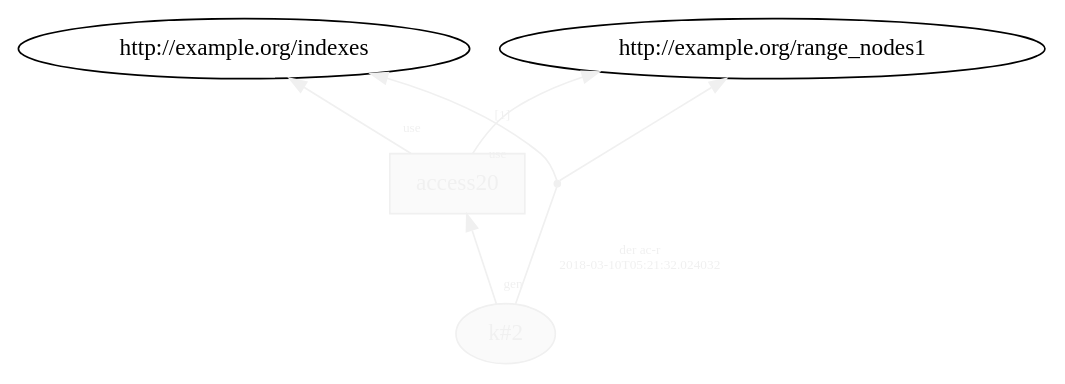
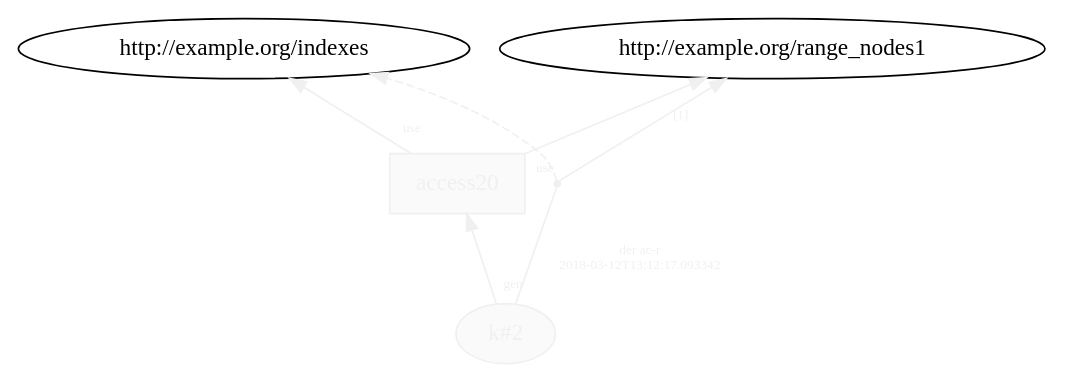
Before and after one commit to dew-uff/versioned-prov: the diagram in generated/versioned_prov/temp/L12__loop_access_2.dot, drawn with Graphviz. The commit also changed 327 other files, not shown here.

```diff
--- a/generated/versioned_prov/temp/L12__loop_access_2.dot
+++ b/generated/versioned_prov/temp/L12__loop_access_2.dot
@@ -1,12 +1,12 @@
 digraph "PROV" { size="16,12"; rankdir="BT";
 "http://example.org/k#2" [fillcolor="#FAFAFA",color="#F0F0F0",style="filled",fontcolor="#F0F0F0",label="k#2",URL="http://example.org/k#2"]
 "http://example.org/access20" [fillcolor="#FAFAFA",color="#F0F0F0",shape="polygon",sides="4",style="filled",fontcolor="#F0F0F0",label="access20",URL="http://example.org/access20"]
 "bn0" [shape="point",label="",fontcolor="#F0F0F0",color="#F0F0F0"]
 "http://example.org/k#2" -> "bn0" [fontsize="8",distance="1.5",angle="60.0",rotation="20",label="der ac-r
-2018-03-10T05:21:32.024032",arrowhead="none",fontcolor="#F0F0F0",color="#F0F0F0"]
-"bn0" -> "http://example.org/indexes" [fontsize="8",distance="1.5",angle="60.0",rotation="20",label="[1]",fontcolor="#F0F0F0",color="#F0F0F0"]
-"bn0" -> "http://example.org/range_nodes1" [fontcolor="#F0F0F0",color="#F0F0F0"]
+2018-03-12T13:12:17.093342",arrowhead="none",fontcolor="#F0F0F0",color="#F0F0F0"]
+"bn0" -> "http://example.org/indexes" [style="dashed",fontcolor="#F0F0F0",color="#F0F0F0"]
+"bn0" -> "http://example.org/range_nodes1" [fontsize="8",distance="1.5",angle="60.0",rotation="20",label="[1]",fontcolor="#F0F0F0",color="#F0F0F0"]
 "http://example.org/access20" -> "http://example.org/indexes" [labelfontsize="8",labeldistance="1.5",labelangle="60.0",rotation="20",taillabel="use",fontcolor="#F0F0F0",color="#F0F0F0"]
 "http://example.org/access20" -> "http://example.org/range_nodes1" [labelfontsize="8",labeldistance="1.5",labelangle="60.0",rotation="20",taillabel="use",fontcolor="#F0F0F0",color="#F0F0F0"]
 "http://example.org/k#2" -> "http://example.org/access20" [labelfontsize="8",labeldistance="1.5",labelangle="60.0",rotation="20",taillabel="gen",fontcolor="#F0F0F0",color="#F0F0F0"]
 }
```
